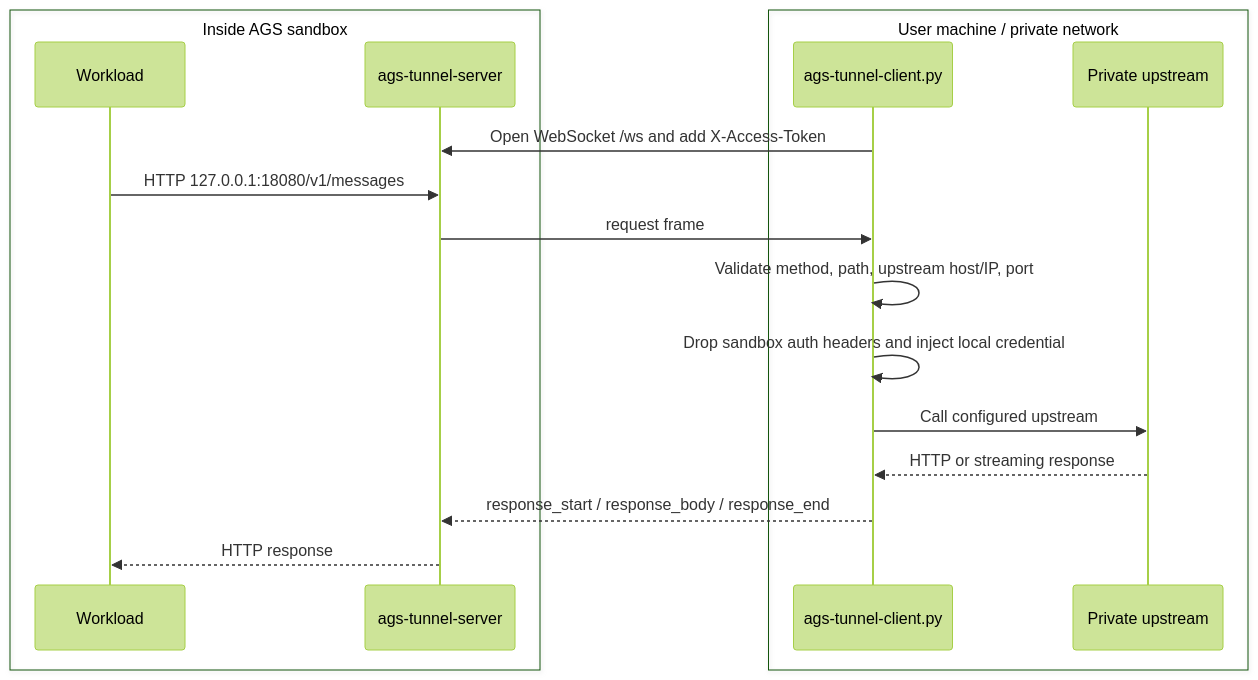
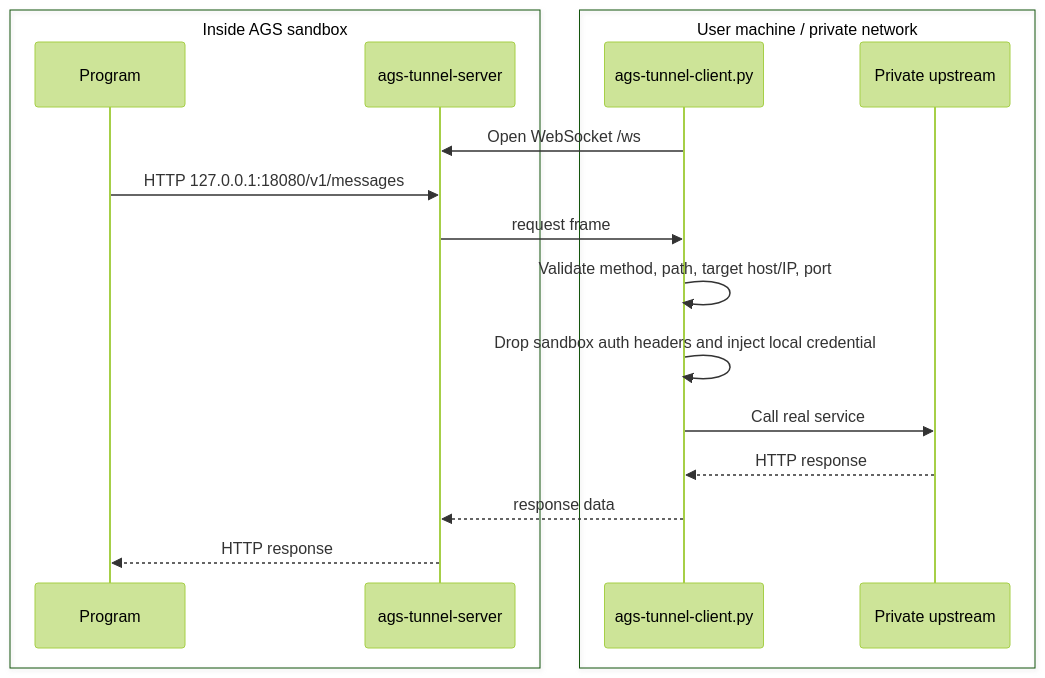
Before and after one commit to TencentCloudAgentRuntime/ags-cookbook: the second of 2 diagrams in examples/local-service-tunnel/README.md, drawn with Mermaid (forest theme). The commit also changed other lines of this file and 1 other file, not shown here.

````diff
--- a/examples/local-service-tunnel/README.md
+++ b/examples/local-service-tunnel/README.md
@@ -50,21 +59,21 @@
 ```mermaid
 sequenceDiagram
   box Inside AGS sandbox
-    participant W as Workload
+    participant W as Program
     participant S as ags-tunnel-server
   end
   box User machine / private network
     participant C as ags-tunnel-client.py
     participant U as Private upstream
   end
 
-  C->>S: Open WebSocket /ws and add X-Access-Token
+  C->>S: Open WebSocket /ws
   W->>S: HTTP 127.0.0.1:18080/v1/messages
   S->>C: request frame
-  C->>C: Validate method, path, upstream host/IP, port
+  C->>C: Validate method, path, target host/IP, port
   C->>C: Drop sandbox auth headers and inject local credential
-  C->>U: Call configured upstream
-  U-->>C: HTTP or streaming response
-  C-->>S: response_start / response_body / response_end
+  C->>U: Call real service
+  U-->>C: HTTP response
+  C-->>S: response data
   S-->>W: HTTP response
 ```
````
